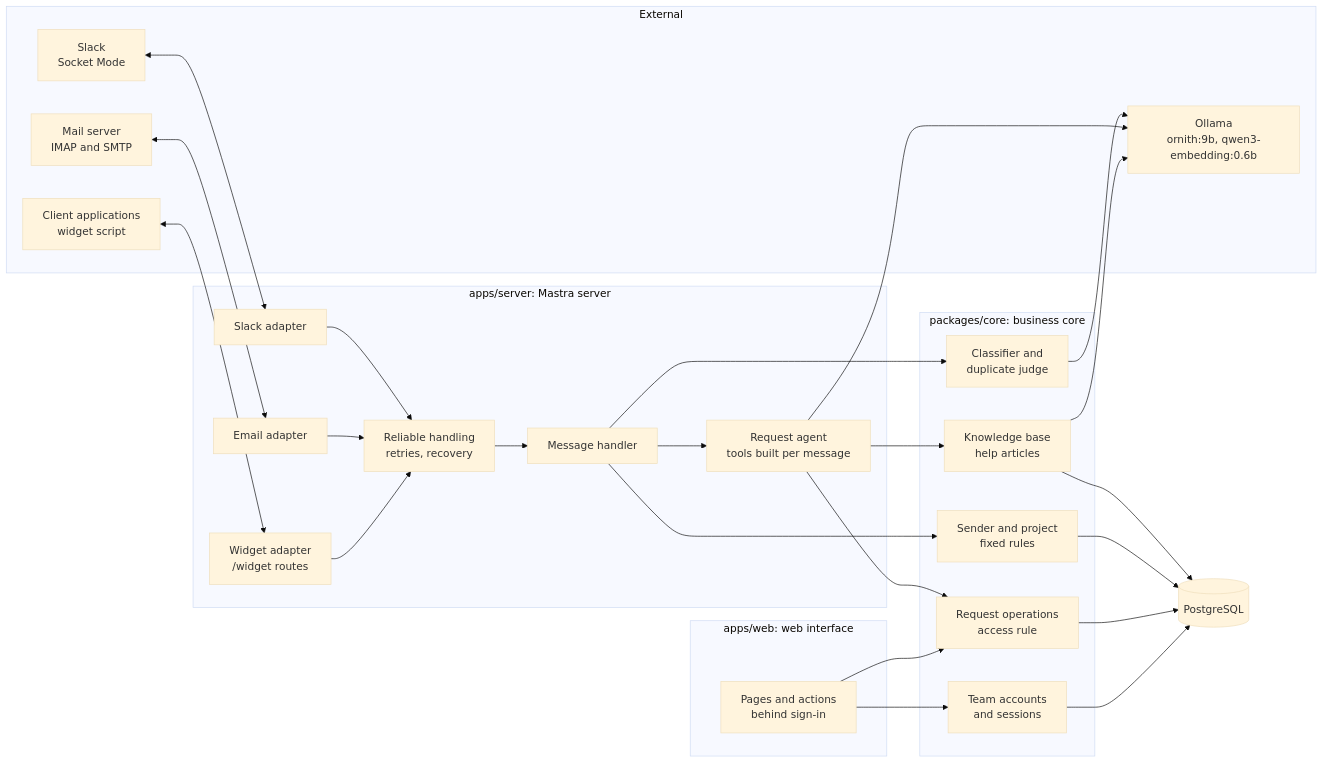
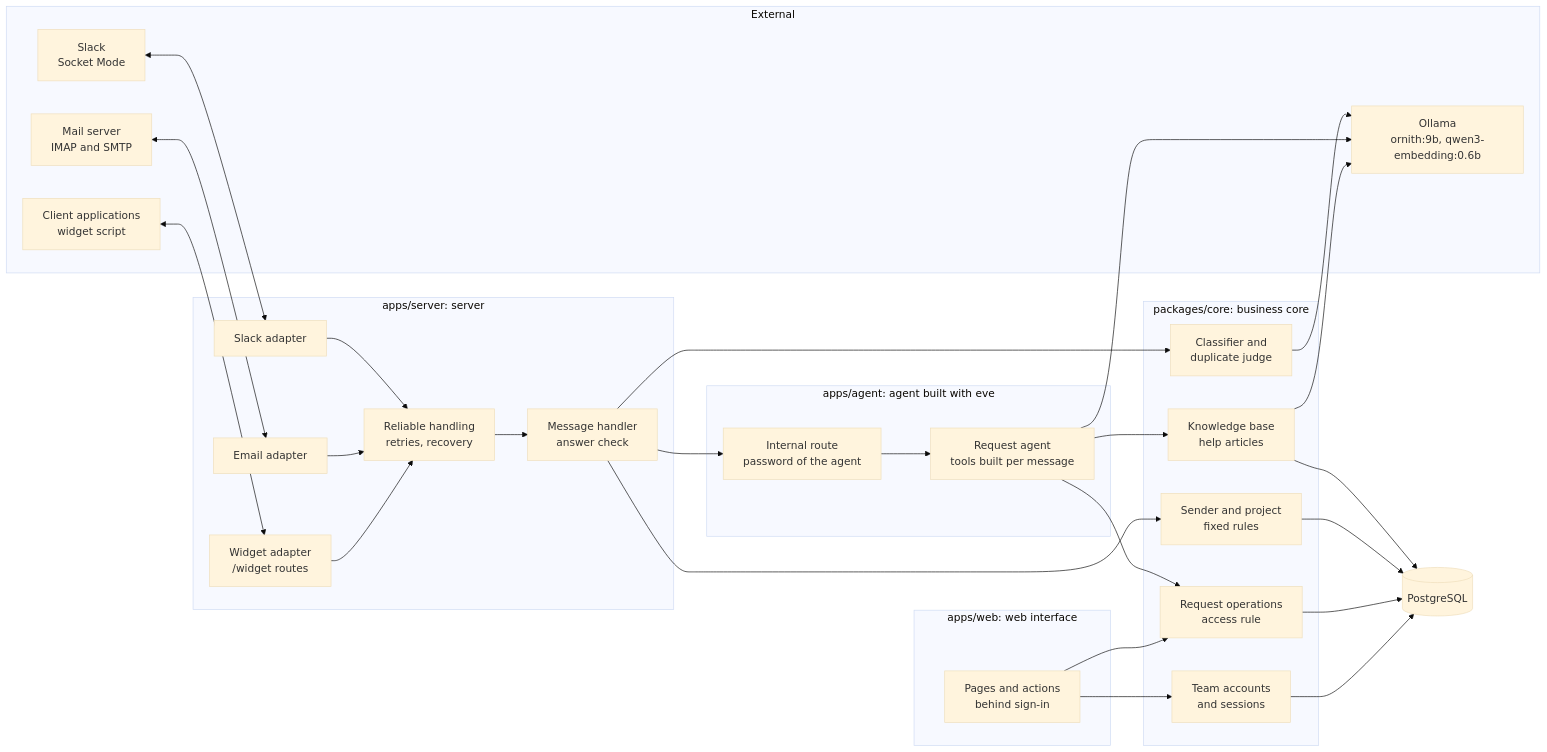
Before and after one commit to KissoHQ/agent-kira: the first of 2 diagrams in docs/architecture.md, drawn with Mermaid (base theme). The commit also changed other lines of this file, not shown here.

Commit message:
docs: show the agent as its own process in the architecture

````diff
--- a/docs/architecture.md
+++ b/docs/architecture.md
@@ -7,50 +7,54 @@
 ```mermaid
 flowchart LR
     subgraph External
         Slack["Slack<br/>Socket Mode"]
         Mail["Mail server<br/>IMAP and SMTP"]
         Apps["Client applications<br/>widget script"]
         Ollama["Ollama<br/>ornith:9b, qwen3-embedding:0.6b"]
     end
-    subgraph server["apps/server: Mastra server"]
+    subgraph server["apps/server: server"]
         SlackAdapter["Slack adapter"]
         EmailAdapter["Email adapter"]
         WidgetAdapter["Widget adapter<br/>/widget routes"]
         Reliable["Reliable handling<br/>retries, recovery"]
-        Handler["Message handler"]
+        Handler["Message handler<br/>answer check"]
+    end
+    subgraph agentApp["apps/agent: agent built with eve"]
+        Route["Internal route<br/>password of the agent"]
         Agent["Request agent<br/>tools built per message"]
     end
     subgraph web["apps/web: web interface"]
         Pages["Pages and actions<br/>behind sign-in"]
     end
     subgraph core["packages/core: business core"]
         Turn["Sender and project<br/>fixed rules"]
         Classifier["Classifier and<br/>duplicate judge"]
         Requests["Request operations<br/>access rule"]
         Knowledge["Knowledge base<br/>help articles"]
         Staff["Team accounts<br/>and sessions"]
     end
     DB[("PostgreSQL")]
 
     Slack <--> SlackAdapter
     Mail <--> EmailAdapter
     Apps <--> WidgetAdapter
     SlackAdapter --> Reliable
     EmailAdapter --> Reliable
     WidgetAdapter --> Reliable
     Reliable --> Handler
     Handler --> Turn
     Handler --> Classifier
-    Handler --> Agent
+    Handler --> Route
+    Route --> Agent
     Classifier --> Ollama
     Agent --> Ollama
     Agent --> Requests
     Agent --> Knowledge
     Knowledge --> Ollama
     Knowledge --> DB
     Pages --> Requests
     Pages --> Staff
     Turn --> DB
     Requests --> DB
     Staff --> DB
 ```
````
